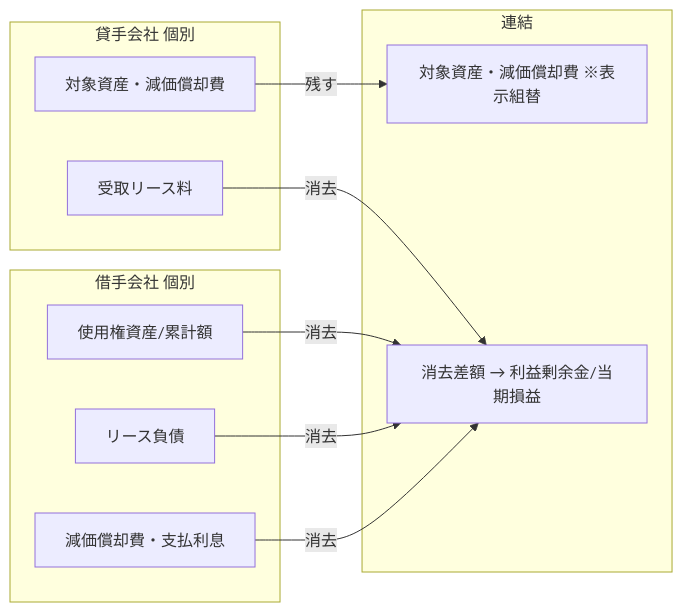
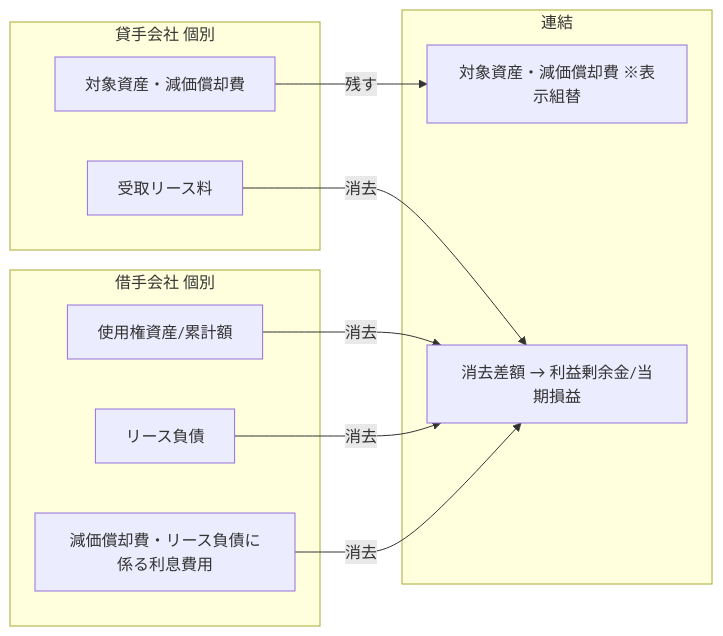
The first of 5 diagrams in docs/requirements.md (btshibuya/new_lease), drawn with Mermaid before and after one commit. The commit also changed other lines of this file and 14 other files, not shown here.

````diff
--- a/docs/requirements.md
+++ b/docs/requirements.md
@@ -81,21 +81,21 @@
 ```mermaid
 flowchart LR
   subgraph L[借手会社 個別]
     A1[使用権資産/累計額]
     A2[リース負債]
-    A3[減価償却費・支払利息]
+    A3[減価償却費・リース負債に係る利息費用]
   end
   subgraph R[貸手会社 個別]
     B1[対象資産・減価償却費]
     B2[受取リース料]
   end
   subgraph C[連結]
     C1[対象資産・減価償却費 ※表示組替]
     C2[消去差額 → 利益剰余金/当期損益]
   end
   A1 -- 消去 --> C2
   A2 -- 消去 --> C2
   A3 -- 消去 --> C2
   B2 -- 消去 --> C2
   B1 -- 残す --> C1
 ```
````
